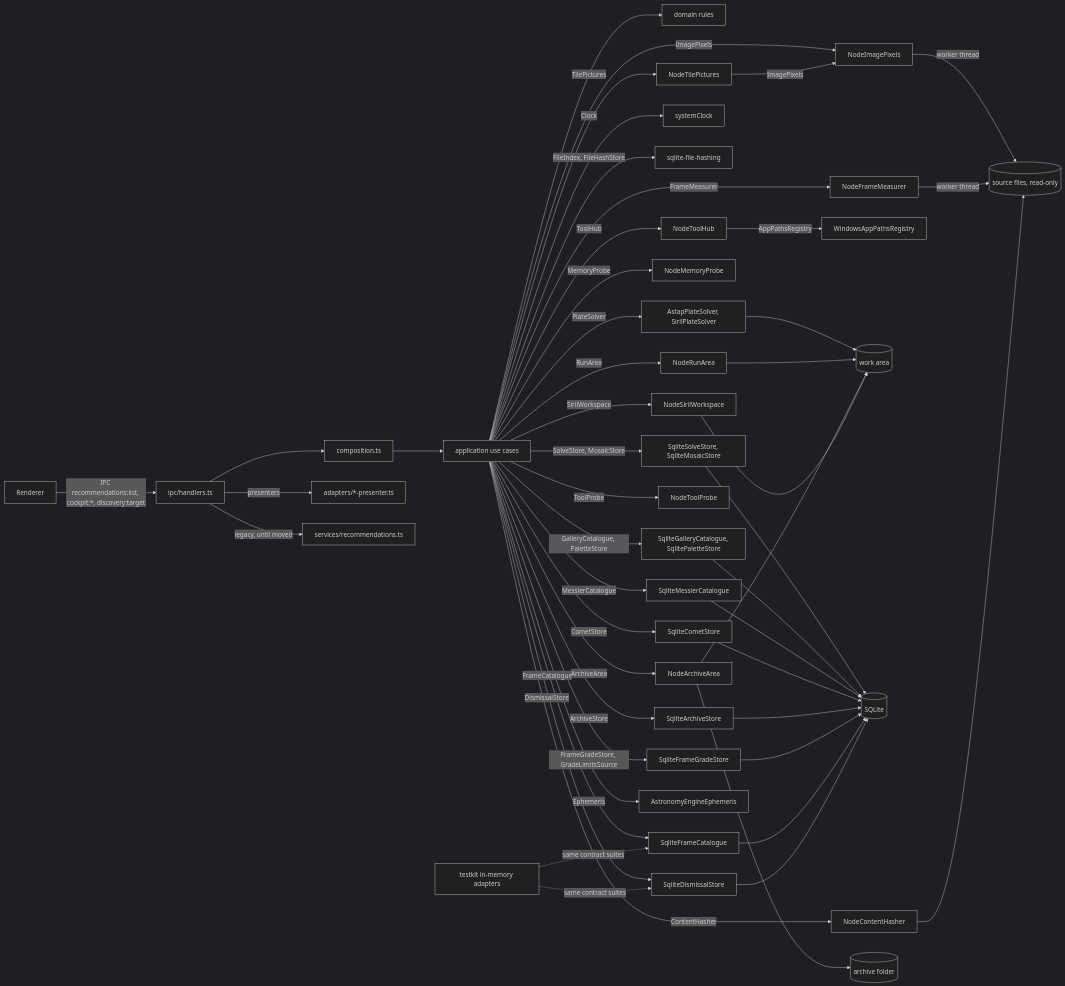
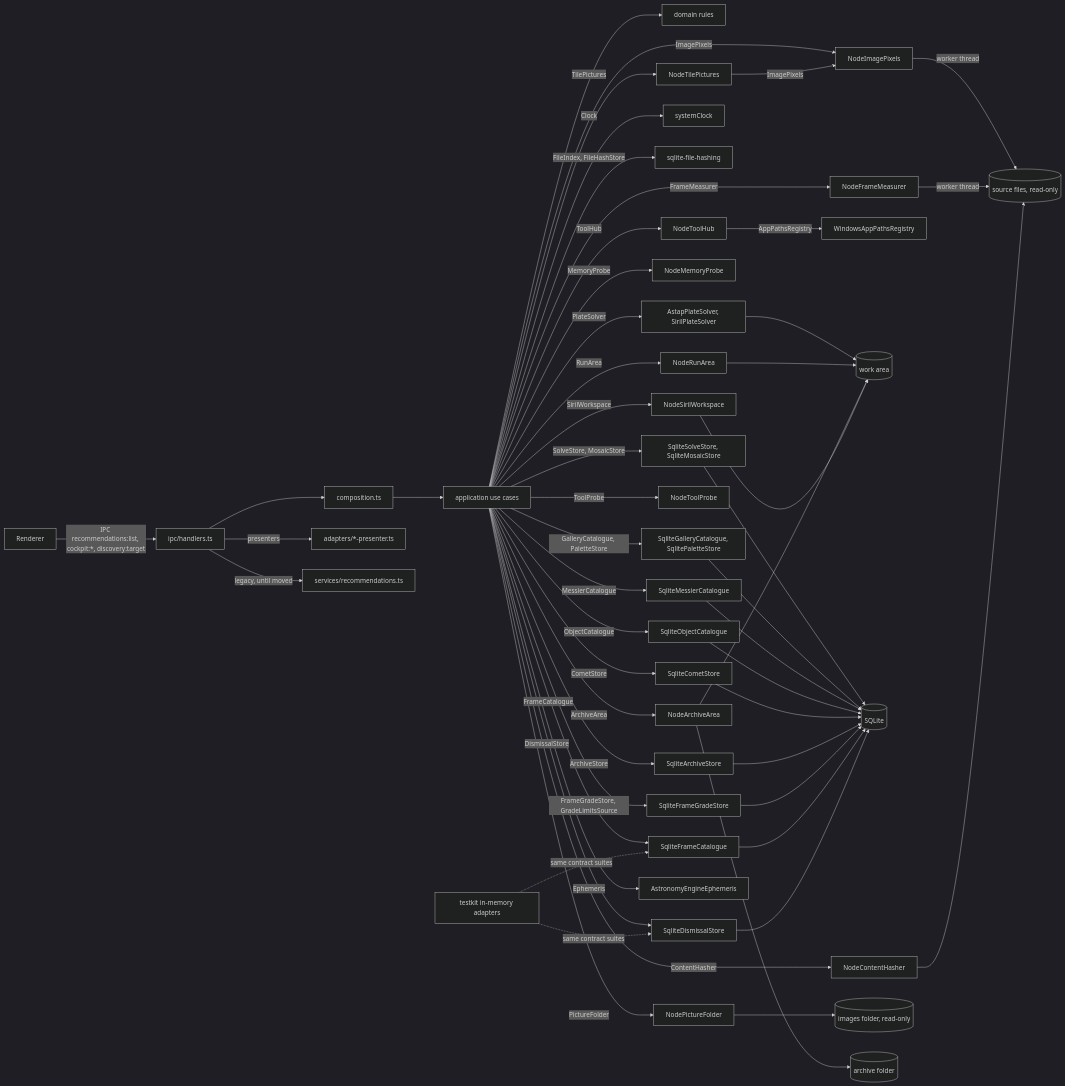
One commit to lgriffin/astrorepo changed the diagram in docs/architecture/hexagonal.md. Above: the diagram before and after it, drawn with Mermaid (dark theme). The commit also changed other lines of this file and 45 other files, not shown here.

````diff
--- a/docs/architecture/hexagonal.md
+++ b/docs/architecture/hexagonal.md
@@ -23,50 +23,54 @@
 ```mermaid
 flowchart LR
   UI[Renderer] -->|IPC recommendations:list, cockpit:*, discovery:target| H[ipc/handlers.ts]
   H --> C[composition.ts]
   C --> UC[application use cases]
   UC --> D[domain rules]
   UC -->|FrameCatalogue| A1[SqliteFrameCatalogue]
   UC -->|DismissalStore| A2[SqliteDismissalStore]
   UC -->|Clock| A3[systemClock]
   UC -->|FileIndex, FileHashStore| A4[sqlite-file-hashing]
   UC -->|ContentHasher| A5[NodeContentHasher]
   UC -->|SirilWorkspace| A6[NodeSirilWorkspace]
   UC -->|FrameGradeStore, GradeLimitsSource| A7[SqliteFrameGradeStore]
   UC -->|FrameMeasurer| A8[NodeFrameMeasurer]
   UC -->|MemoryProbe| A9[NodeMemoryProbe]
   UC -->|RunArea| A10[NodeRunArea]
   UC -->|ArchiveArea| A11[NodeArchiveArea]
   UC -->|ArchiveStore| A12[SqliteArchiveStore]
   UC -->|ToolHub| A13[NodeToolHub]
   A13 -->|AppPathsRegistry| A14[WindowsAppPathsRegistry]
   UC -->|ToolProbe| A15[NodeToolProbe]
   UC -->|PlateSolver| A16[AstapPlateSolver, SirilPlateSolver]
   UC -->|SolveStore, MosaicStore| A17[SqliteSolveStore, SqliteMosaicStore]
   A16 --> WA
   A17 --> DB
   UC -->|ImagePixels| A18[NodeImagePixels]
   UC -->|GalleryCatalogue, PaletteStore| A19[SqliteGalleryCatalogue, SqlitePaletteStore]
   A18 -->|worker thread| FS
   A19 --> DB
   UC -->|MessierCatalogue| A22[SqliteMessierCatalogue]
   UC -->|TilePictures| A23[NodeTilePictures]
   A22 --> DB
   A23 -->|ImagePixels| A18
+  UC -->|PictureFolder| A24[NodePictureFolder]
+  UC -->|ObjectCatalogue| A25[SqliteObjectCatalogue]
+  A24 --> IMG[(images folder, read-only)]
+  A25 --> DB
   UC -->|CometStore| A20[SqliteCometStore]
   UC -->|Ephemeris| A21[AstronomyEngineEphemeris]
   A20 --> DB
   A10 --> WA
   A11 --> WA
   A11 --> AR[(archive folder)]
   A12 --> DB
   A8 -->|worker thread| FS
   A7 --> DB
   A5 --> FS[(source files, read-only)]
   A6 --> WA[(work area)]
   A1 --> DB[(SQLite)]
   A2 --> DB
   T[testkit in-memory adapters] -.same contract suites.-> A1 & A2
   H -->|presenters| P[adapters/*-presenter.ts]
   H -->|legacy, until moved| S[services/recommendations.ts]
 ```
````
